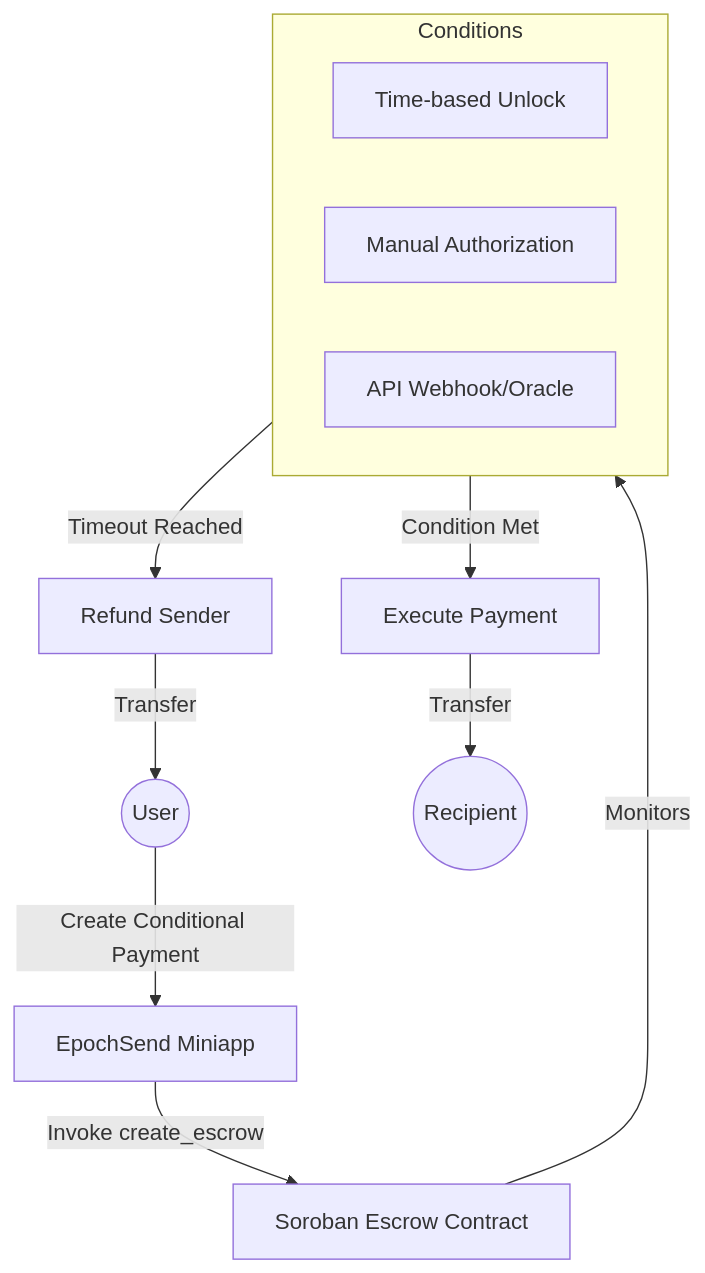
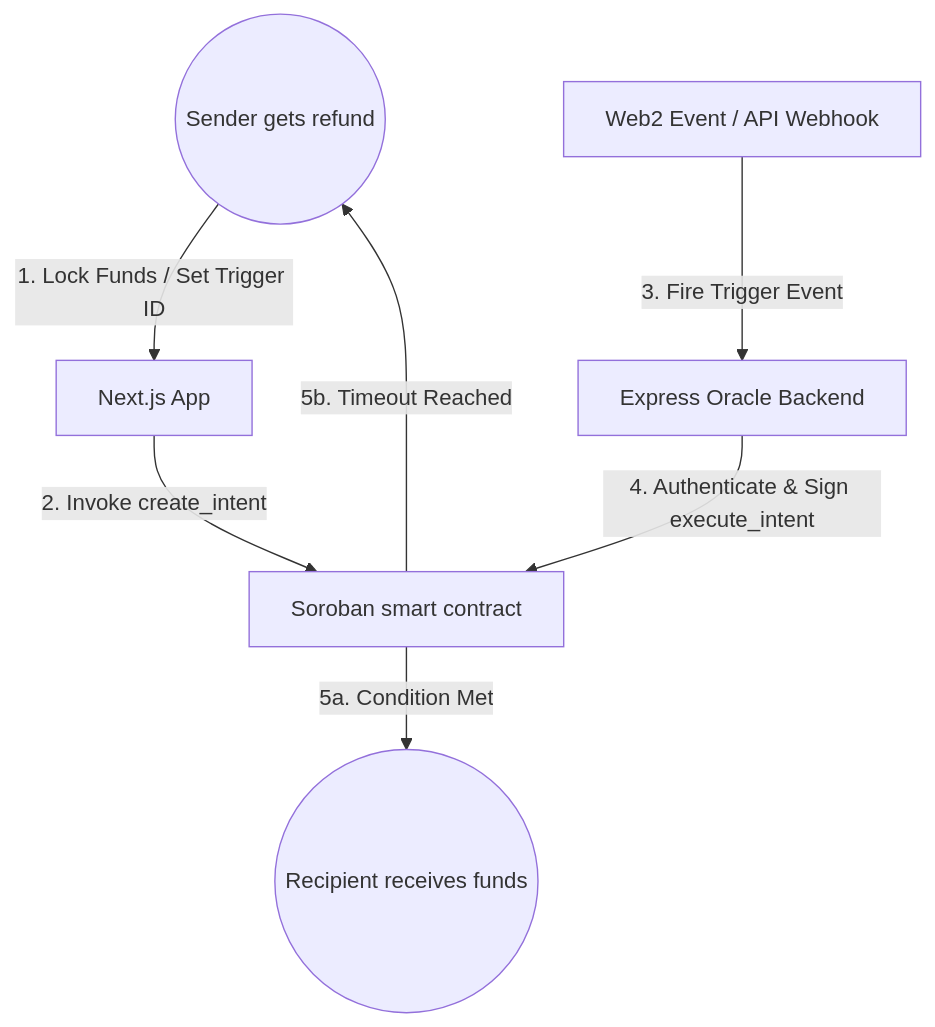
Before and after one commit to StacksTrench/EpochSend-frontend: the diagram in docs/PRD.md, drawn with Mermaid. The commit also changed other lines of this file and 1 other file, not shown here.

Commit message:
docs: update readme and product requirements for oracle trigger flow

````diff
--- a/docs/PRD.md
+++ b/docs/PRD.md
@@ -51,19 +40,11 @@
 ```mermaid
 graph TD
-    User((User)) -->|Create Conditional Payment| UI[EpochSend Miniapp]
-    UI -->|Invoke create_escrow| Contract[Soroban Escrow Contract]
+    User((Sender)) -->|1. Lock Funds / Set Trigger ID| UI[Next.js App]
+    UI -->|2. Invoke create_intent| Contract[Soroban smart contract]
     
-    subgraph Conditions
-        Time[Time-based Unlock]
-        Manual[Manual Authorization]
-        Oracle[API Webhook/Oracle]
-    end
-
-    Contract -->|Monitors| Conditions
+    API[Web2 Event / API Webhook] -->|3. Fire Trigger Event| Oracle[Express Oracle Backend]
+    Oracle -->|4. Authenticate & Sign execute_intent| Contract
     
-    Conditions -->|Condition Met| Exec[Execute Payment]
-    Conditions -->|Timeout Reached| Refund[Refund Sender]
-    
-    Exec -->|Transfer| Recipient((Recipient))
-    Refund -->|Transfer| User
+    Contract -->|5a. Condition Met| Recipient((Recipient receives funds))
+    Contract -->|5b. Timeout Reached| User((Sender gets refund))
 ```
````
